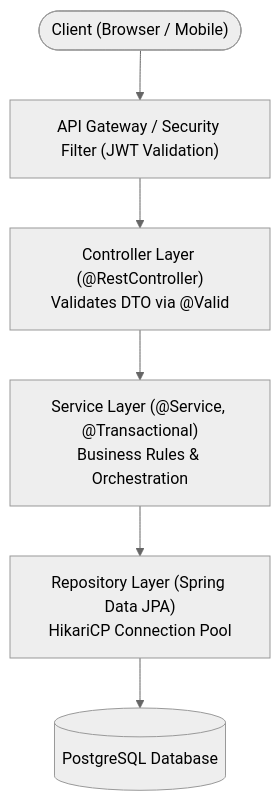
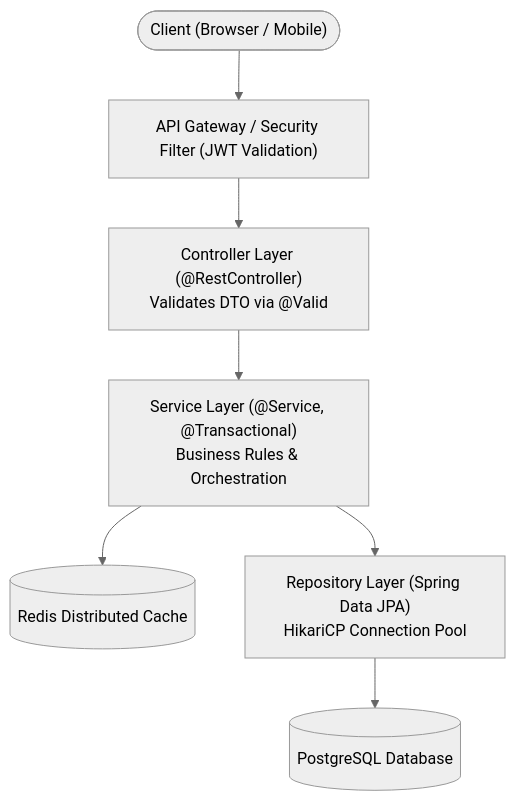
Diagram 17 of 22 in 06-Java-and-Spring-Boot/Spring Boot Interview Guide.md (rohithgowda18/Notes), drawn with Mermaid (neutral theme) before and after one commit. The commit also changed other lines of this file, not shown here.

Commit message:
docs(spring-boot): enrich guide with deeper technical details, custom lifecycle code, JWT utilities, isolation levels, and testing styles

````diff
--- a/06-Java-and-Spring-Boot/Spring Boot Interview Guide.md
+++ b/06-Java-and-Spring-Boot/Spring Boot Interview Guide.md
@@ -1007,8 +1057,12 @@
 ```mermaid
 flowchart TD
     Client(["Client (Browser / Mobile)"]) --> Gateway["API Gateway / Security Filter (JWT Validation)"]
-    Gateway --> Controller["Controller Layer (@RestController)\nValidates DTO via @Valid"]
-    Controller --> Service["Service Layer (@Service, @Transactional)\nBusiness Rules & Orchestration"]
-    Service --> Repo["Repository Layer (Spring Data JPA)\nHikariCP Connection Pool"]
+    Gateway --> Controller["Controller Layer (@RestController)
+Validates DTO via @Valid"]
+    Controller --> Service["Service Layer (@Service, @Transactional)
+Business Rules & Orchestration"]
+    Service --> Cache[("Redis Distributed Cache")]
+    Service --> Repo["Repository Layer (Spring Data JPA)
+HikariCP Connection Pool"]
     Repo --> DB[("PostgreSQL Database")]
 ```
````
